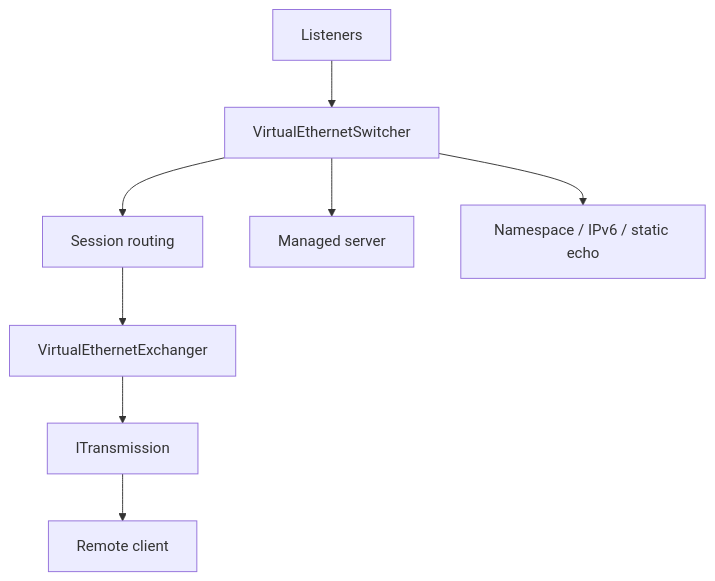
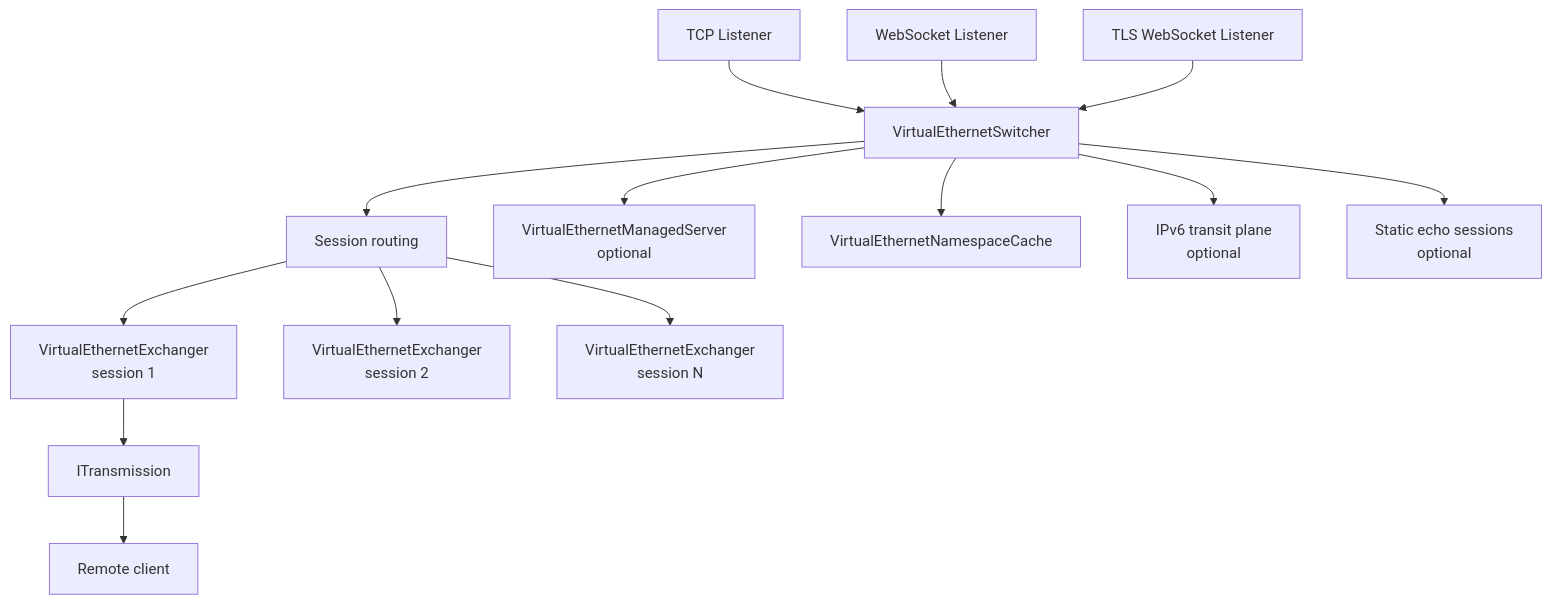
The second of 5 diagrams in docs/SERVER_ARCHITECTURE.md (HyacinthHaru/openppp2), drawn with Mermaid before and after one commit. The commit also changed other lines of this file and 93 other files, not shown here.

````diff
--- a/docs/SERVER_ARCHITECTURE.md
+++ b/docs/SERVER_ARCHITECTURE.md
@@ -26,10 +77,16 @@
 ```mermaid
 flowchart TD
-    A[Listeners] --> B[VirtualEthernetSwitcher]
-    B --> C[Session routing]
-    B --> D[Managed server]
-    B --> E[Namespace / IPv6 / static echo]
-    C --> F[VirtualEthernetExchanger]
-    F --> G[ITransmission]
-    G --> H[Remote client]
+    A[TCP Listener] --> B[VirtualEthernetSwitcher]
+    C[WebSocket Listener] --> B
+    D[TLS WebSocket Listener] --> B
+    B --> E[Session routing]
+    B --> F[VirtualEthernetManagedServer<br/>optional]
+    B --> G[VirtualEthernetNamespaceCache]
+    B --> H[IPv6 transit plane<br/>optional]
+    B --> I[Static echo sessions<br/>optional]
+    E --> J[VirtualEthernetExchanger<br/>session 1]
+    E --> K[VirtualEthernetExchanger<br/>session 2]
+    E --> L[VirtualEthernetExchanger<br/>session N]
+    J --> M[ITransmission]
+    M --> N[Remote client]
 ```
````
